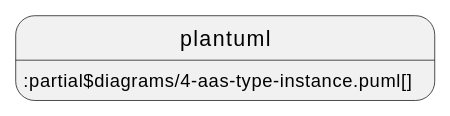
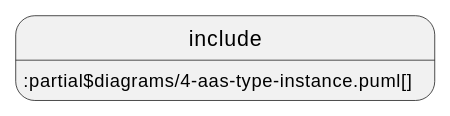
Before and after one commit to acplt/aas-specs: the first of 2 diagrams in documentation/IDTA-01001/modules/ROOT/pages/general.adoc, drawn with PlantUML. The commit also changed other lines of this file and 14 other files, not shown here.

First line of the commit message:
Revert "Use plantuml instead of include and test ./"

```diff
--- a/documentation/IDTA-01001/modules/ROOT/pages/general.adoc
+++ b/documentation/IDTA-01001/modules/ROOT/pages/general.adoc
@@ -126,4 +126,4 @@
 [plantuml, 4-aas-type-instance, svg]
 ....
-plantuml::partial$diagrams/4-aas-type-instance.puml[]
+include::partial$diagrams/4-aas-type-instance.puml[]
 ....
```
